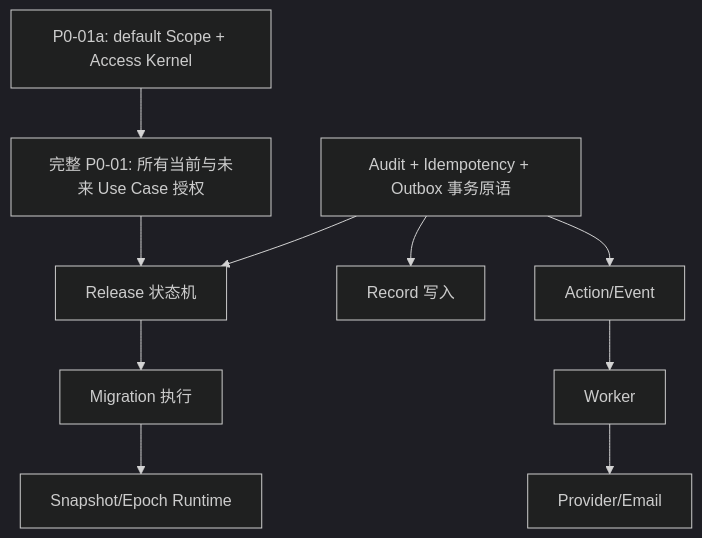
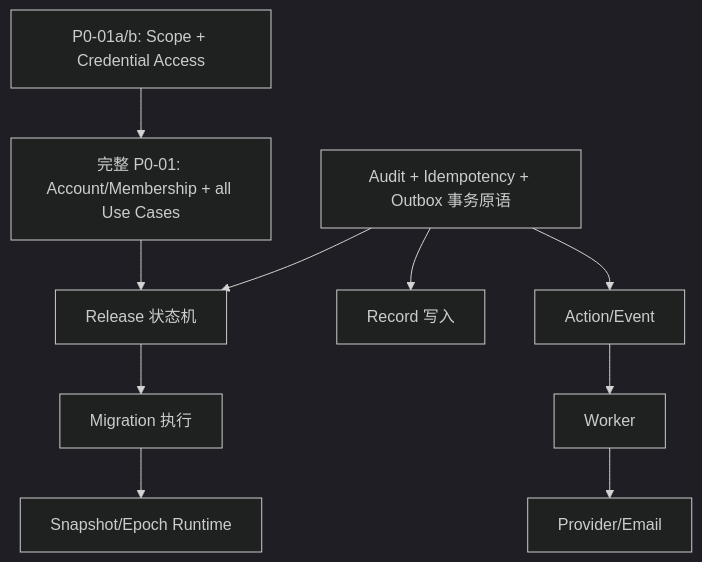
The second of 3 diagrams in docs/roadmap/server-core.md (shezw/panvara), drawn with Mermaid (dark theme) before and after one commit. The commit also changed other lines of this file and 74 other files, not shown here.

````diff
--- a/docs/roadmap/server-core.md
+++ b/docs/roadmap/server-core.md
@@ -153,13 +155,13 @@
 ```mermaid
 flowchart TB
-    Access["P0-01a: default Scope + Access Kernel"] --> Authorized["完整 P0-01: 所有当前与未来 Use Case 授权"]
+    Access["P0-01a/b: Scope + Credential Access"] --> Authorized["完整 P0-01: Account/Membership + all Use Cases"]
     Authorized --> Release["Release 状态机"]
     Release --> Migration["Migration 执行"]
     Migration --> Runtime["Snapshot/Epoch Runtime"]
 
     Tx["Audit + Idempotency + Outbox 事务原语"] --> Record["Record 写入"]
     Tx --> Release
     Tx --> Event["Action/Event"]
     Event --> Worker["Worker"]
     Worker --> Provider["Provider/Email"]
 ```
````
